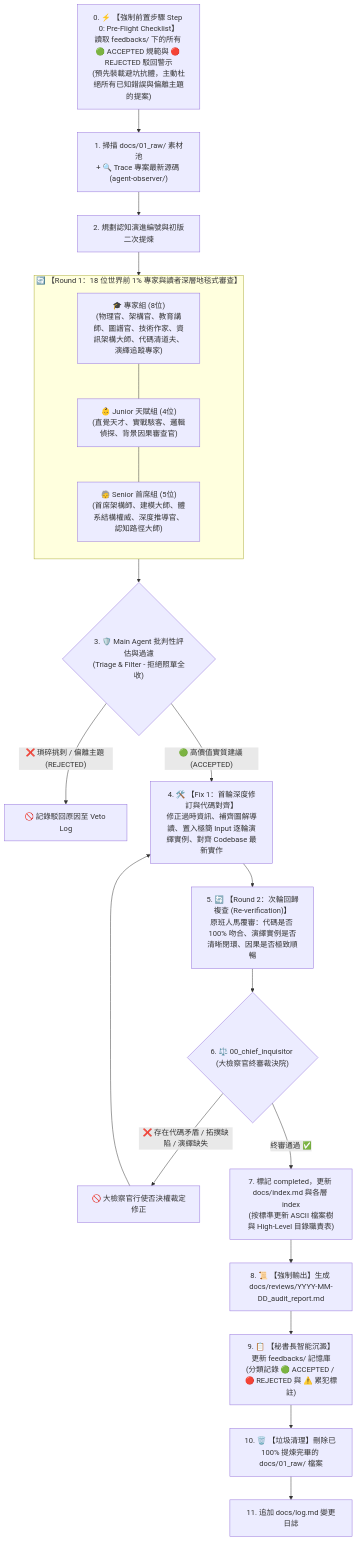
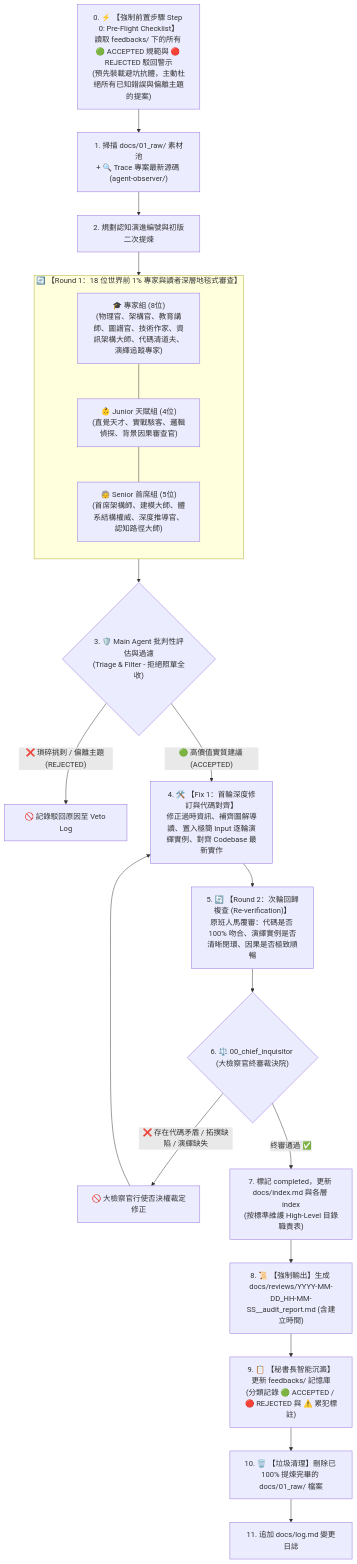
Before and after one commit to daniel-yang1739/Hemidall: the diagram in .agents/skills/wiki-distiller/SKILL.md, drawn with Mermaid. The commit also changed other lines of this file and 7 other files, not shown here.

First line of the commit message:
docs(reviews): standardize review reports with creation timestamps and refine root index

````diff
--- a/.agents/skills/wiki-distiller/SKILL.md
+++ b/.agents/skills/wiki-distiller/SKILL.md
@@ -30,33 +30,33 @@
 ```mermaid
 flowchart TD
     Start["0. ⚡ 【強制前置步驟 Step 0: Pre-Flight Checklist】<br/>讀取 feedbacks/ 下的所有 🟢 ACCEPTED 規範與 🔴 REJECTED 駁回警示<br/>(預先裝載避坑抗體，主動杜絕所有已知錯誤與偏離主題的提案)"] --> A
     
     A["1. 掃描 docs/01_raw/ 素材池<br/>+ 🔍 Trace 專案最新源碼 (agent-observer/)"] --> B["2. 規劃認知演進編號與初版二次提煉"]
     
     subgraph Round1 ["🔄 【Round 1：18 位世界前 1% 專家與讀者深層地毯式審查】"]
         direction TB
         R1A["🎓 專家組 (8位)<br/>(物理官、架構官、教育講師、圖譜官、技術作家、資訊架構大師、代碼清道夫、演繹追蹤專家)"]
         R1B["👶 Junior 天賦組 (4位)<br/>(直覺天才、實戰駭客、邏輯偵探、背景因果審查官)"]
         R1C["🧓 Senior 首席組 (5位)<br/>(首席架構師、建模大師、體系結構權威、深度推導官、認知路徑大師)"]
         R1A --- R1B --- R1C
     end
     
     B --> Round1
     Round1 --> C{"3. 🛡️ Main Agent 批判性評估與過濾<br/>(Triage & Filter - 拒絕照單全收)"}
     C -- "❌ 瑣碎挑刺 / 偏離主題 (REJECTED)" --> D1["🚫 記錄駁回原因至 Veto Log"]
     C -- "🟢 高價值實質建議 (ACCEPTED)" --> D2["4. 🛠️ 【Fix 1：首輪深度修訂與代碼對齊】<br/>修正過時資訊、補齊圖解導讀、置入極簡 Input 逐輪演繹實例、對齊 Codebase 最新實作"]
     
     D2 --> E["5. 🔄 【Round 2：次輪回歸複查 (Re-verification)】<br/>原班人馬覆審：代碼是否 100% 吻合、演繹實例是否清晰閉環、因果是否極致順暢"]
     
     E --> F{"6. ⚖️ 00_chief_inquisitor (大檢察官終審裁決院)"}
     F -- "❌ 存在代碼矛盾 / 拓撲缺陷 / 演繹缺失" --> G1["🚫 大檢察官行使否決權裁定修正"]
     G1 --> D2
-    F -- "終審通過 ✅" --> G2["7. 標記 completed，更新 docs/index.md 與各層 index<br/>(按標準更新 ASCII 檔案樹與 High-Level 目錄職責表)"]
+    F -- "終審通過 ✅" --> G2["7. 標記 completed，更新 docs/index.md 與各層 index<br/>(按標準維護 High-Level 目錄職責表)"]
     
-    G2 --> H["8. 📜 【強制輸出】生成 docs/reviews/YYYY-MM-DD_audit_report.md"]
+    G2 --> H["8. 📜 【強制輸出】生成 docs/reviews/YYYY-MM-DD_HH-MM-SS_<topic>_audit_report.md (含建立時間)"]
     
     H --> I["9. 📋 【秘書長智能沉澱】更新 feedbacks/ 記憶庫<br/>(分類記錄 🟢 ACCEPTED / 🔴 REJECTED 與 ⚠️ 累犯標註)"]
     
     I --> J["10. 🗑️ 【垃圾清理】刪除已 100% 提煉完畢的 docs/01_raw/ 檔案"]
     J --> K["11. 追加 docs/log.md 變更日誌"]
 ```
````
